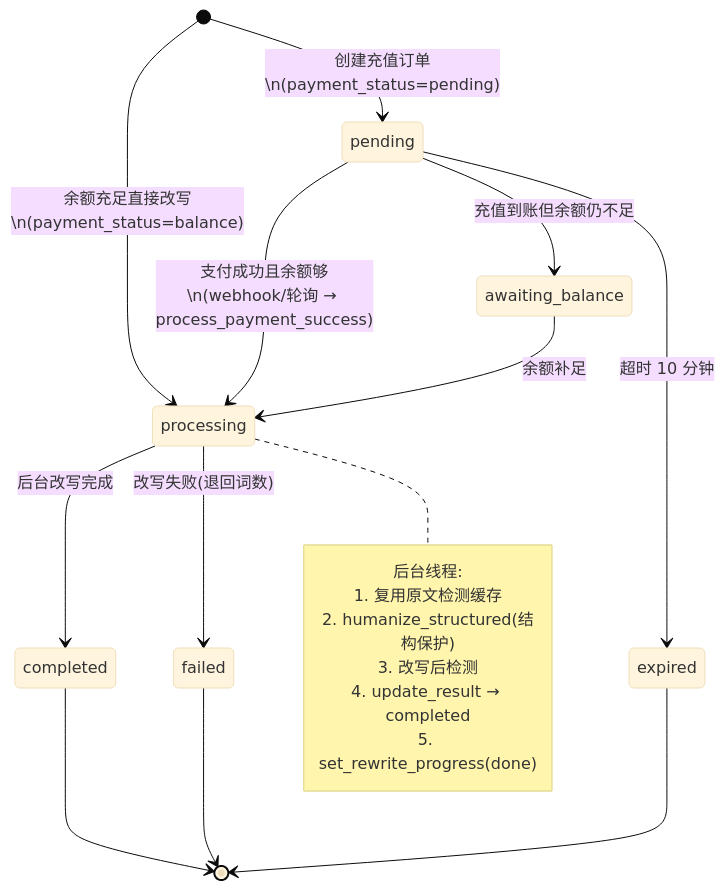
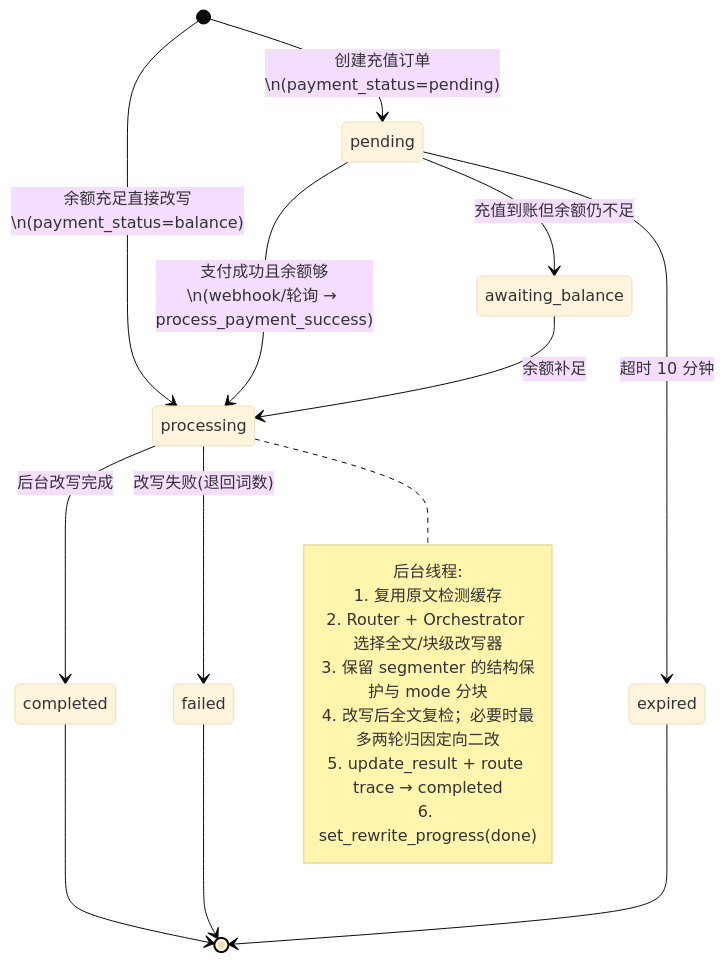
The eighth of 12 diagrams in docs/技术方案.md (ipengai/aigc-humanizer-en), drawn with Mermaid (base theme) before and after one commit. The commit also changed other lines of this file and 68 other files, not shown here.

````diff
--- a/docs/技术方案.md
+++ b/docs/技术方案.md
@@ -589,26 +648,27 @@
 ```mermaid
 stateDiagram-v2
     [*] --> processing: 余额充足直接改写\n(payment_status=balance)
     [*] --> pending: 创建充值订单\n(payment_status=pending)
 
     pending --> processing: 支付成功且余额够\n(webhook/轮询 → process_payment_success)
     pending --> awaiting_balance: 充值到账但余额仍不足
     pending --> expired: 超时 10 分钟
     awaiting_balance --> processing: 余额补足
 
     processing --> completed: 后台改写完成
     processing --> failed: 改写失败(退回词数)
 
     completed --> [*]
     expired --> [*]
     failed --> [*]
 
     note right of processing
         后台线程:
         1. 复用原文检测缓存
-        2. humanize_structured(结构保护)
-        3. 改写后检测
-        4. update_result → completed
-        5. set_rewrite_progress(done)
+        2. Router + Orchestrator 选择全文/块级改写器
+        3. 保留 segmenter 的结构保护与 mode 分块
+        4. 改写后全文复检；必要时最多两轮归因定向二改
+        5. update_result + route trace → completed
+        6. set_rewrite_progress(done)
     end note
 ```
````
